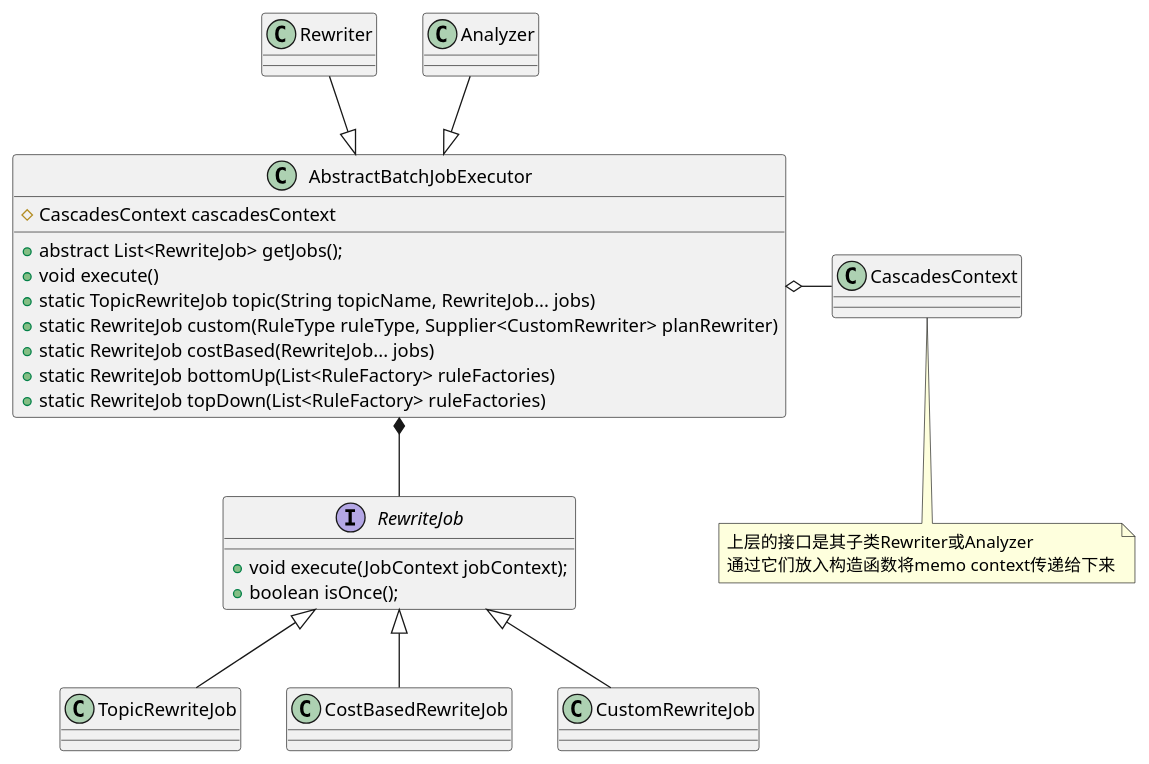
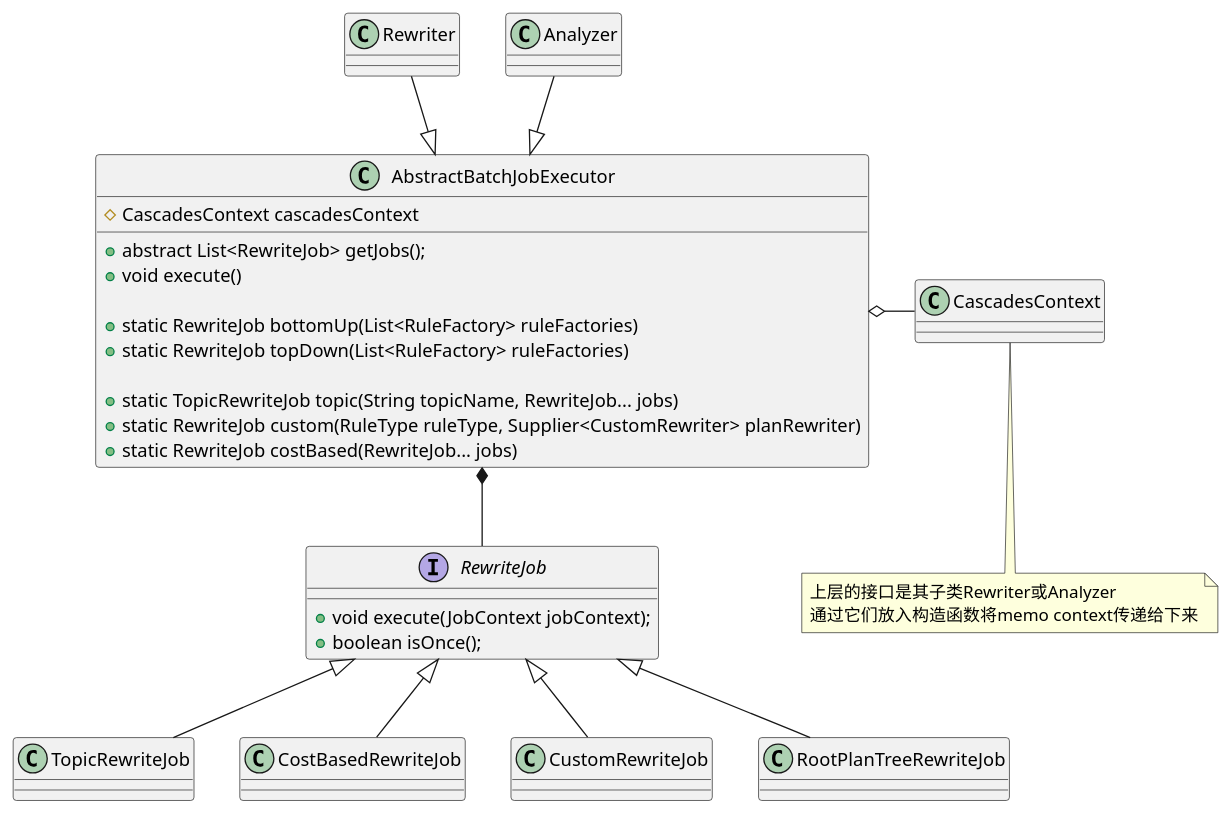
One commit to DepInjoy/geektime changed the first of 2 diagrams in doc/DB/Doris/SourceRead/00_01_Optimizer_RewriteFramework.md. Above: the diagram before and after it, drawn with PlantUML. The commit also changed other lines of this file, not shown here.

Commit message:
Doris Rewrite Framework梳理

````diff
--- a/doc/DB/Doris/SourceRead/00_01_Optimizer_RewriteFramework.md
+++ b/doc/DB/Doris/SourceRead/00_01_Optimizer_RewriteFramework.md
@@ -1,32 +1,35 @@
 ```plantuml
 @startuml
 class AbstractBatchJobExecutor {
     # CascadesContext cascadesContext
     + abstract List<RewriteJob> getJobs();
     + void execute()
+
+    + static RewriteJob bottomUp(List<RuleFactory> ruleFactories)
+    + static RewriteJob topDown(List<RuleFactory> ruleFactories)
+
     + static TopicRewriteJob topic(String topicName, RewriteJob... jobs)
     + static RewriteJob custom(RuleType ruleType, Supplier<CustomRewriter> planRewriter)
     + static RewriteJob costBased(RewriteJob... jobs)
-    + static RewriteJob bottomUp(List<RuleFactory> ruleFactories)
-    + static RewriteJob topDown(List<RuleFactory> ruleFactories)
 }
 
 interface RewriteJob {
     + void execute(JobContext jobContext);
     + boolean isOnce();
 }
 
 class CascadesContext {}
 note bottom of CascadesContext : 上层的接口是其子类Rewriter或Analyzer\n通过它们放入构造函数将memo context传递给下来
 
 Rewriter -down-|> AbstractBatchJobExecutor
 Analyzer -down-|> AbstractBatchJobExecutor
 
 CascadesContext -left-o AbstractBatchJobExecutor
 
 RewriteJob -up-* AbstractBatchJobExecutor
 TopicRewriteJob -up-|> RewriteJob
 CostBasedRewriteJob -up-|> RewriteJob
 CustomRewriteJob -up-|> RewriteJob
+RootPlanTreeRewriteJob -up-|> RewriteJob
 @enduml
 ```
````
